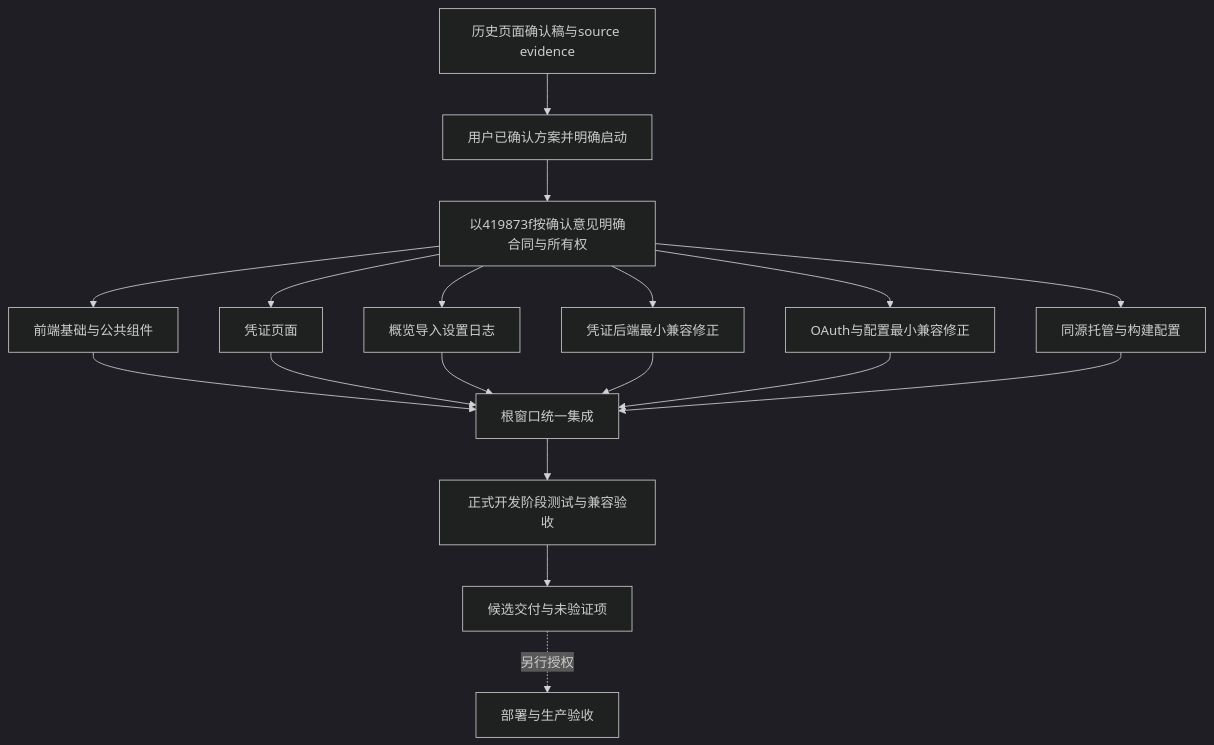
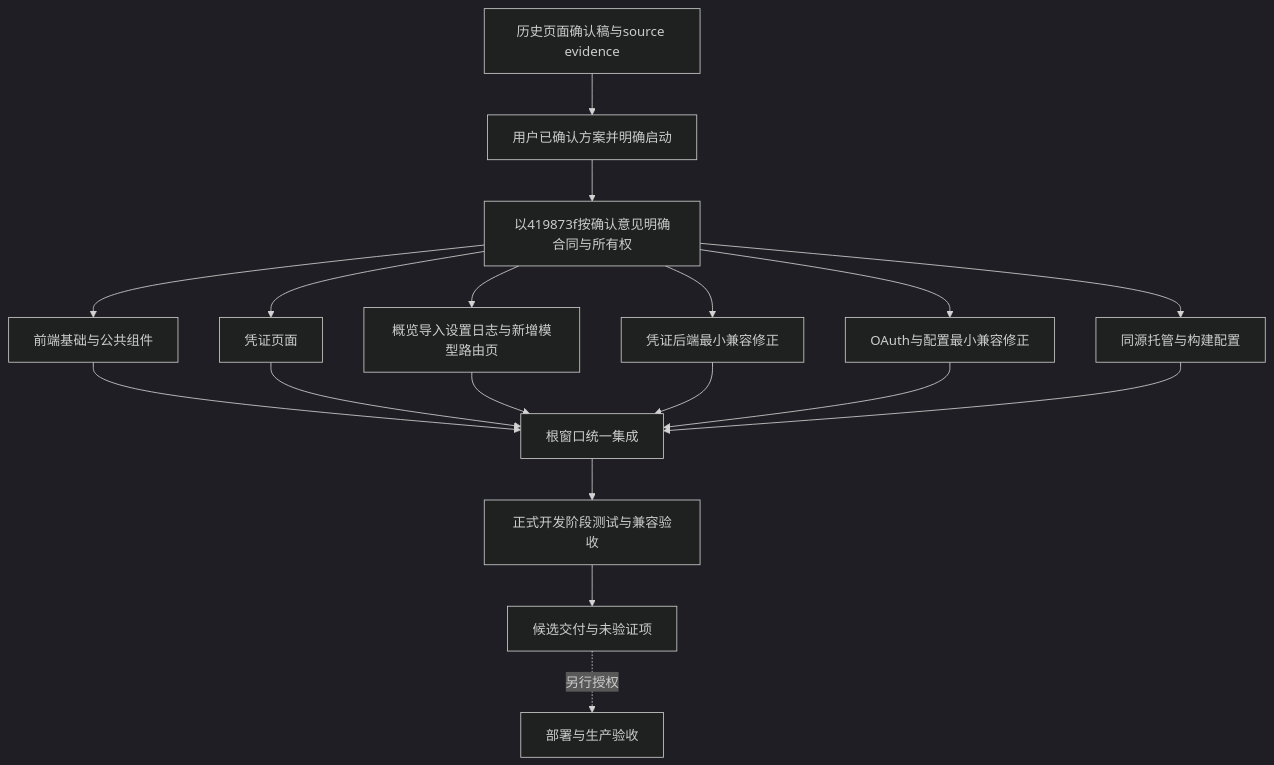
Before and after one commit to lywx215/gcli2api: the diagram in docs/ui-redesign/DEVELOPMENT_PLAN.md, drawn with Mermaid (dark theme). The commit also changed other lines of this file, not shown here.

````diff
--- a/docs/ui-redesign/DEVELOPMENT_PLAN.md
+++ b/docs/ui-redesign/DEVELOPMENT_PLAN.md
@@ -240,20 +242,20 @@
 ```mermaid
 flowchart TD
   D[历史页面确认稿与source evidence] --> Q[用户已确认方案并明确启动]
   Q --> C[以419873f按确认意见明确合同与所有权]
   C --> F[前端基础与公共组件]
   C --> P[凭证页面]
-  C --> W[概览导入设置日志]
+  C --> W[概览导入设置日志与新增模型路由页]
   C --> B[凭证后端最小兼容修正]
   C --> A[OAuth与配置最小兼容修正]
   C --> H[同源托管与构建配置]
   F --> I[根窗口统一集成]
   P --> I
   W --> I
   B --> I
   A --> I
   H --> I
   I --> T[正式开发阶段测试与兼容验收]
   T --> R[候选交付与未验证项]
   R -.另行授权.-> X[部署与生产验收]
 ```
````
